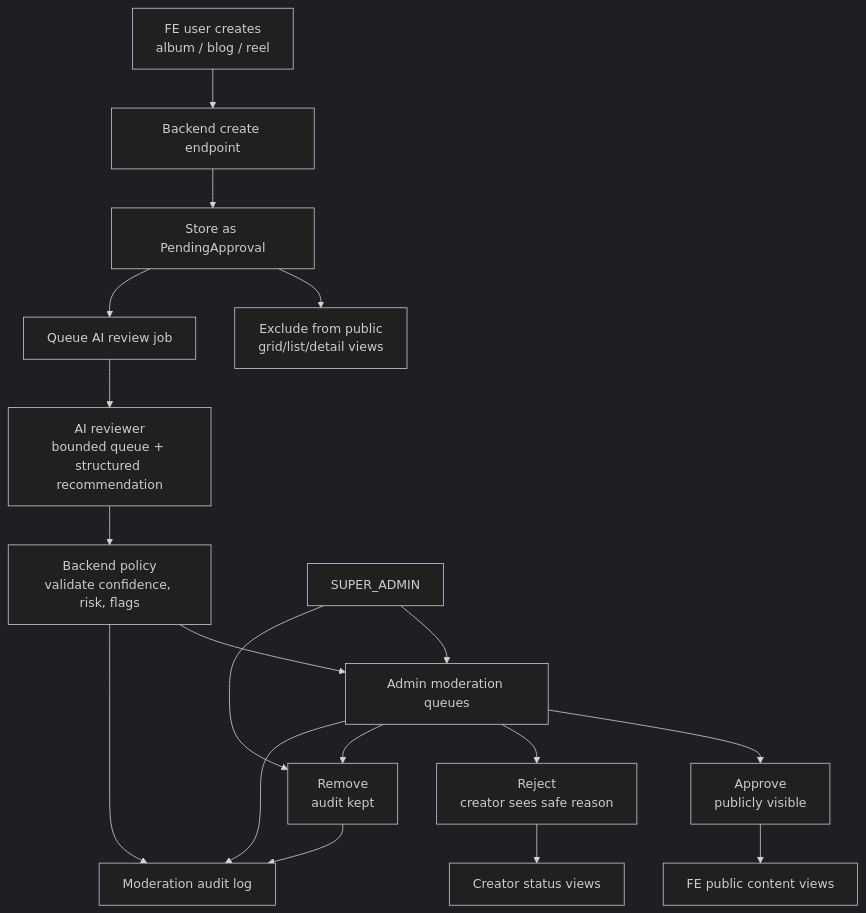
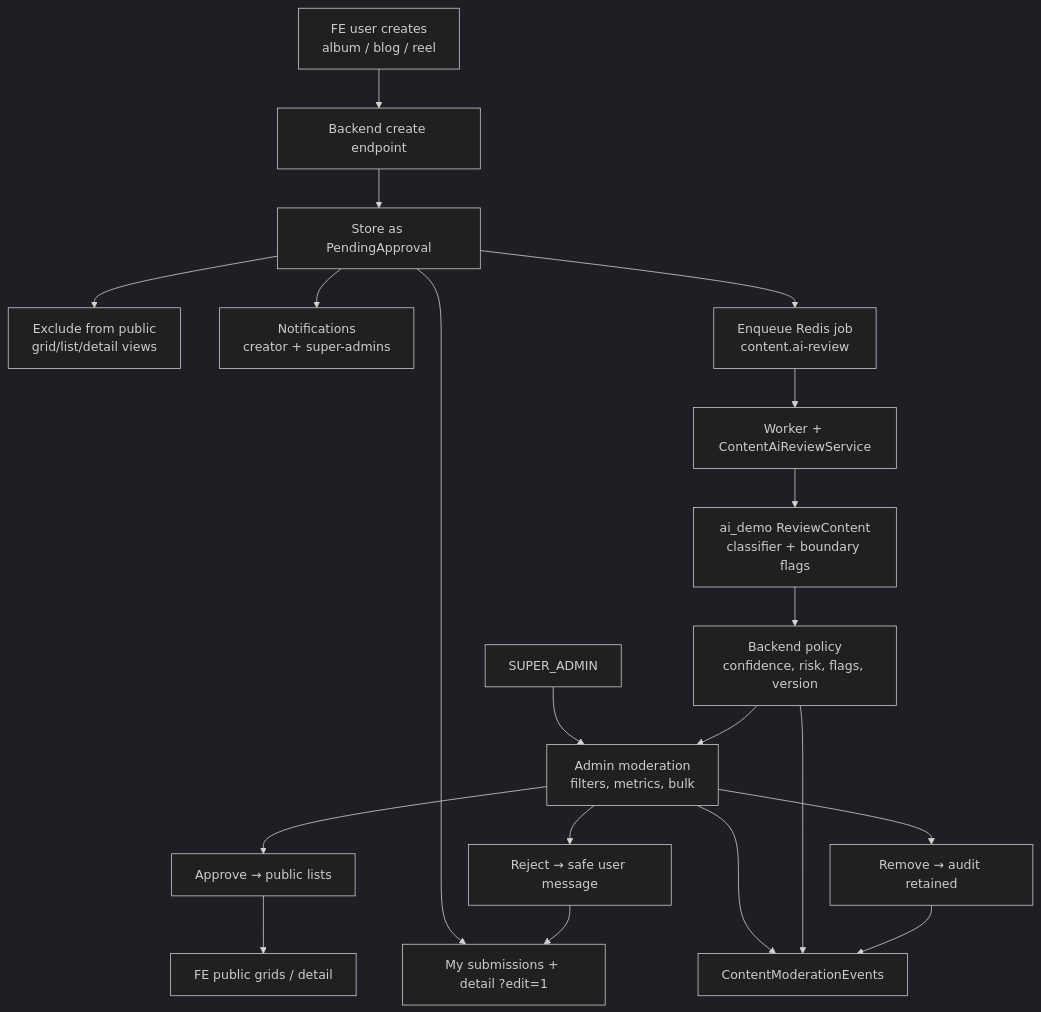
One commit to 01laky/mfai_demo changed the ninth of 9 diagrams in README.md. Above: the diagram before and after it, drawn with Mermaid (dark theme). The commit also changed other lines of this file and 7 other files, not shown here.

````diff
--- a/README.md
+++ b/README.md
@@ -217,24 +218,26 @@
 ```mermaid
 flowchart TD
     user["FE user creates<br/>album / blog / reel"] --> api["Backend create endpoint"]
     api --> pending["Store as PendingApproval"]
     pending --> hidden["Exclude from public<br/>grid/list/detail views"]
-    pending --> queue["Queue AI review job"]
+    pending --> notify1["Notifications<br/>creator + super-admins"]
+    pending --> queue["Enqueue Redis job<br/>content.ai-review"]
 
-    queue --> ai["AI reviewer<br/>bounded queue + structured recommendation"]
-    ai --> policy["Backend policy<br/>validate confidence, risk, flags"]
+    queue --> worker["Worker + ContentAiReviewService"]
+    worker --> ai["ai_demo ReviewContent<br/>classifier + boundary flags"]
+    ai --> policy["Backend policy<br/>confidence, risk, flags, version"]
 
-    policy --> admin["Admin moderation queues"]
-    admin --> approve["Approve<br/>publicly visible"]
-    admin --> reject["Reject<br/>creator sees safe reason"]
-    admin --> remove["Remove<br/>audit kept"]
+    policy --> admin["Admin moderation<br/>filters, metrics, bulk"]
+    admin --> approve["Approve → public lists"]
+    admin --> reject["Reject → safe user message"]
+    admin --> remove["Remove → audit retained"]
 
     super["SUPER_ADMIN"] --> admin
-    super --> remove
 
-    approve --> public["FE public content views"]
-    reject --> creator["Creator status views"]
-    remove --> audit["Moderation audit log"]
+    approve --> public["FE public grids / detail"]
+    reject --> mysub["My submissions + detail ?edit=1"]
+    pending --> mysub
+    remove --> audit["ContentModerationEvents"]
     policy --> audit
     admin --> audit
 ```
````
